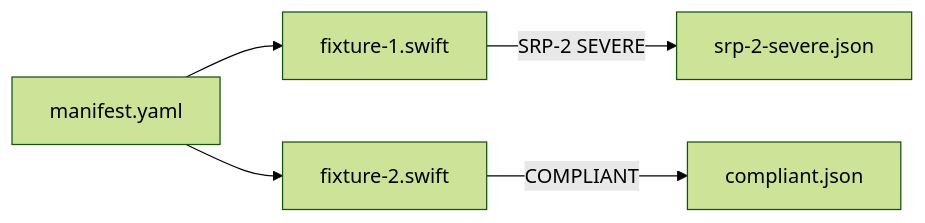
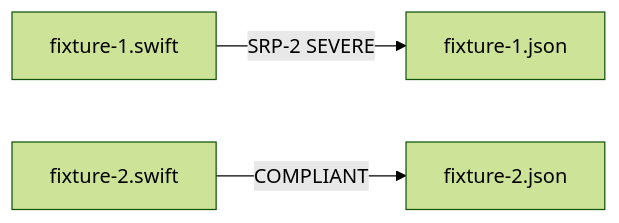
Before and after one commit to Swift-Gurus/solid-coder: the diagram in .claude/specs/SPEC-001-solid-coder/features/SPEC-013-principle-review-test-harness/subtasks/SPEC-015-srp-fixtures/Spec.md, drawn with Mermaid (forest theme). The commit also changed other lines of this file and 43 other files, not shown here.

````diff
--- a/.claude/specs/SPEC-001-solid-coder/features/SPEC-013-principle-review-test-harness/subtasks/SPEC-015-srp-fixtures/Spec.md
+++ b/.claude/specs/SPEC-001-solid-coder/features/SPEC-013-principle-review-test-harness/subtasks/SPEC-015-srp-fixtures/Spec.md
@@ -55,7 +55,5 @@
 ```mermaid
 graph LR
-    F1[fixture-1.swift] -->|SRP-2 SEVERE| E1[srp-2-severe.json]
-    F2[fixture-2.swift] -->|COMPLIANT| E2[compliant.json]
-    MF[manifest.yaml] --> F1
-    MF --> F2
+    F1[fixture-1.swift] -->|SRP-2 SEVERE| E1[fixture-1.json]
+    F2[fixture-2.swift] -->|COMPLIANT| E2[fixture-2.json]
 ```
````
